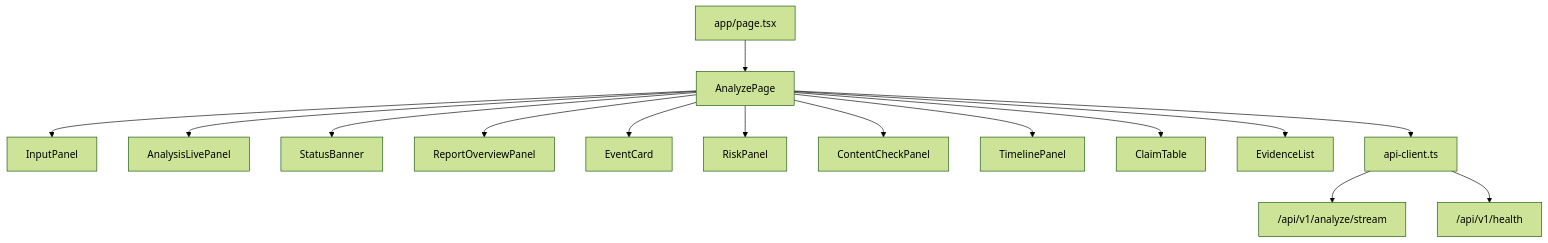
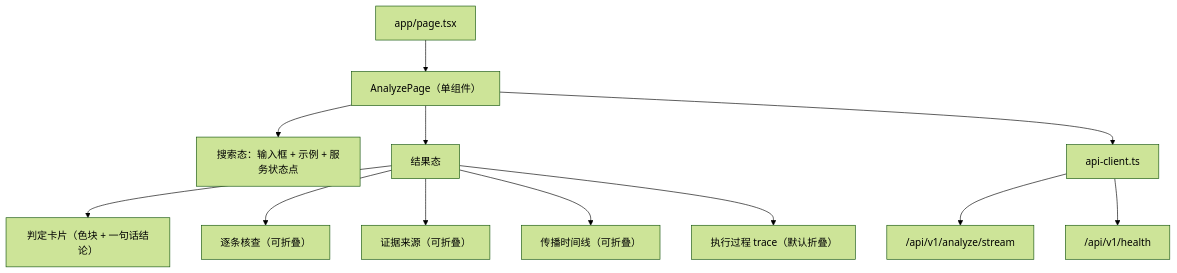
The second of 6 diagrams in docs/current-code-architecture-guide.md (forwaryan/rumor-checking), drawn with Mermaid (forest theme) before and after one commit. The commit also changed other lines of this file and 5 other files, not shown here.

````diff
--- a/docs/current-code-architecture-guide.md
+++ b/docs/current-code-architecture-guide.md
@@ -144,18 +153,17 @@
 ```mermaid
 flowchart TD
-    PAGE["app/page.tsx"] --> ANALYZE["AnalyzePage"]
-    ANALYZE --> INPUT["InputPanel"]
-    ANALYZE --> LIVE["AnalysisLivePanel"]
-    ANALYZE --> STATUS["StatusBanner"]
-    ANALYZE --> OVERVIEW["ReportOverviewPanel"]
-    ANALYZE --> EVENT["EventCard"]
-    ANALYZE --> RISK["RiskPanel"]
-    ANALYZE --> CONTENT["ContentCheckPanel"]
-    ANALYZE --> TIMELINE["TimelinePanel"]
-    ANALYZE --> CLAIM["ClaimTable"]
-    ANALYZE --> EVIDENCE["EvidenceList"]
+    PAGE["app/page.tsx"] --> ANALYZE["AnalyzePage（单组件）"]
+
+    ANALYZE --> IDLE["搜索态：输入框 + 示例 + 服务状态点"]
+    ANALYZE --> RESULT["结果态"]
+
+    RESULT --> VERDICT["判定卡片（色块 + 一句话结论）"]
+    RESULT --> CLAIMS["逐条核查（可折叠）"]
+    RESULT --> EVIDENCE["证据来源（可折叠）"]
+    RESULT --> TIMELINE["传播时间线（可折叠）"]
+    RESULT --> TRACE["执行过程 trace（默认折叠）"]
 
     ANALYZE --> CLIENT["api-client.ts"]
     CLIENT --> STREAM["/api/v1/analyze/stream"]
     CLIENT --> HEALTH["/api/v1/health"]
 ```
````
